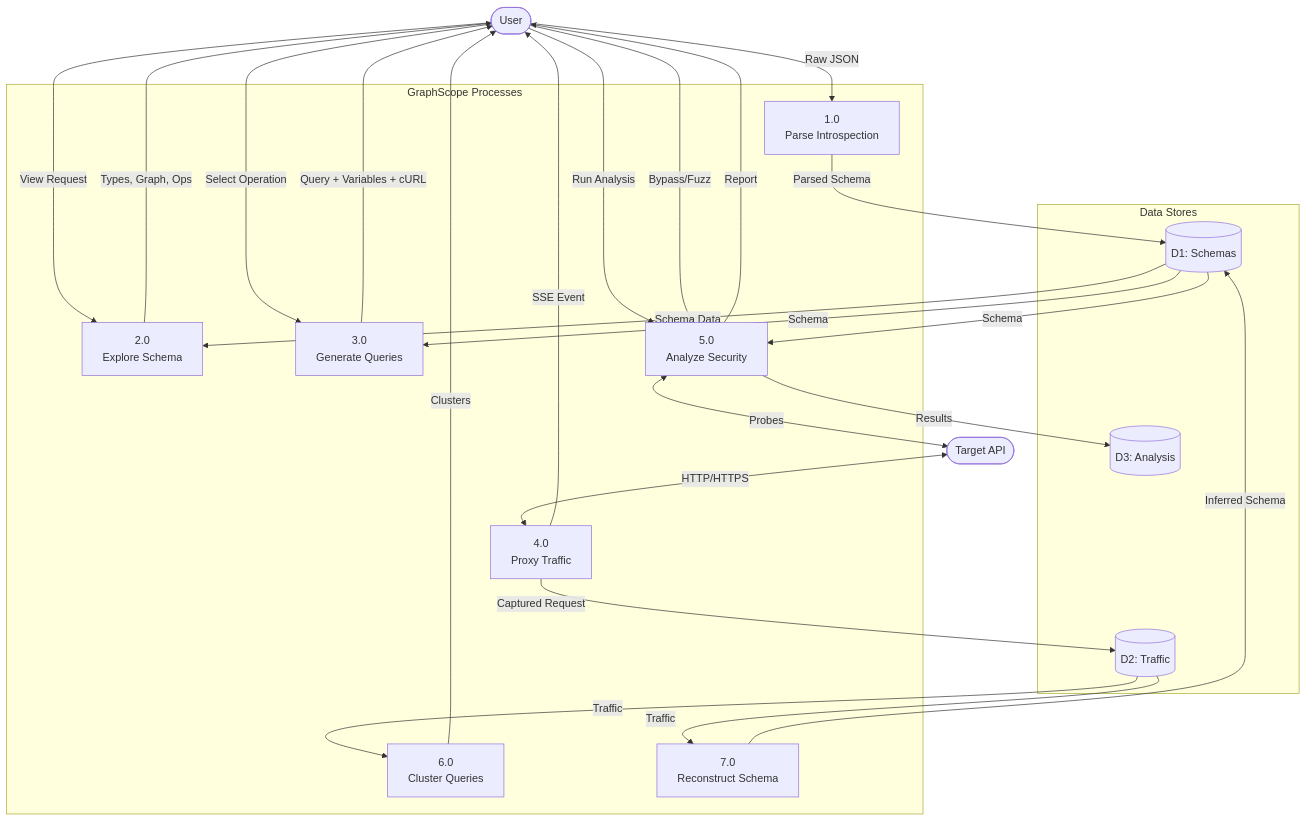
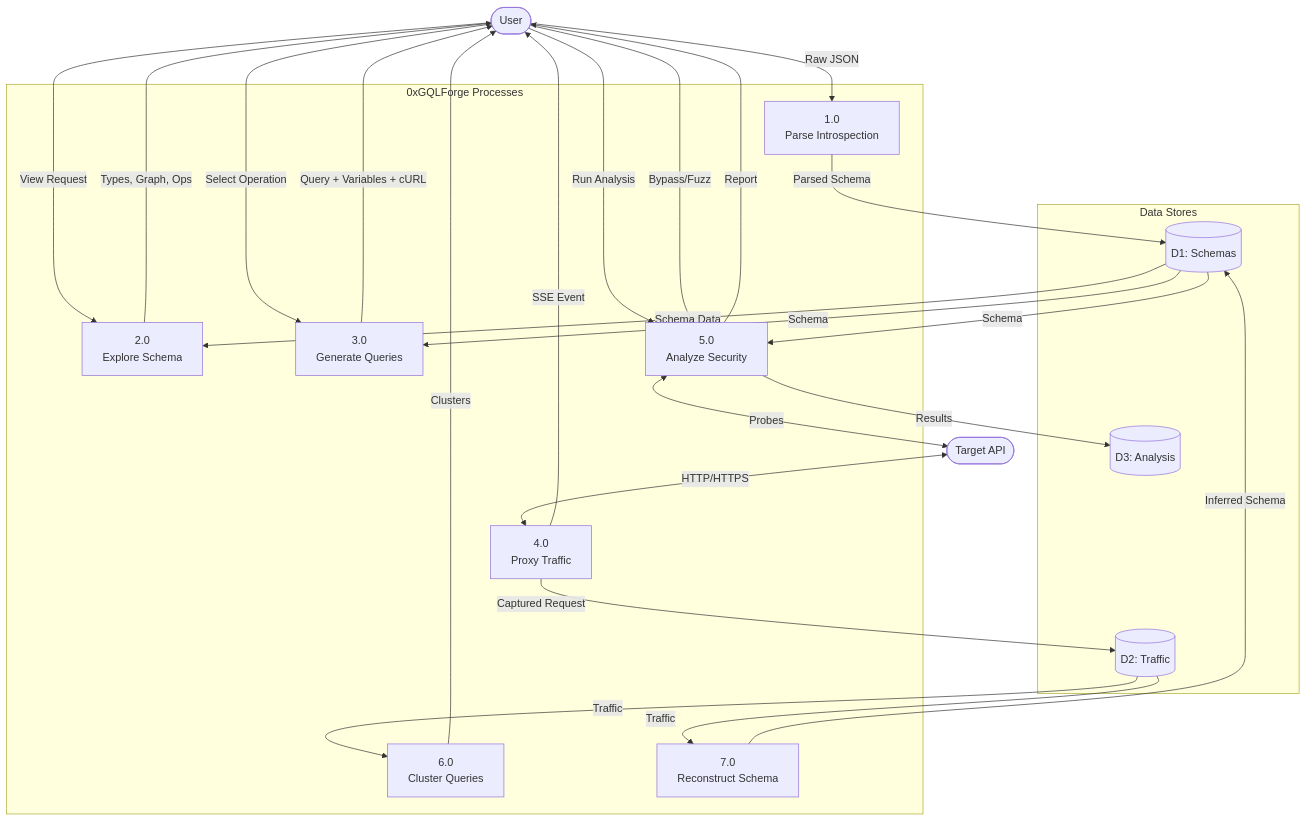
One commit to 0xDTC/0xGQLForge changed the third of 6 diagrams in README.md. Above: the diagram before and after it, drawn with Mermaid. The commit also changed other lines of this file and 32 other files, not shown here.

````diff
--- a/README.md
+++ b/README.md
@@ -186,50 +186,50 @@
 ```mermaid
 flowchart TB
     USER([User])
     TARGET([Target API])
 
-    subgraph "GraphScope Processes"
+    subgraph "0xGQLForge Processes"
         P1[1.0<br/>Parse Introspection]
         P2[2.0<br/>Explore Schema]
         P3[3.0<br/>Generate Queries]
         P4[4.0<br/>Proxy Traffic]
         P5[5.0<br/>Analyze Security]
         P6[6.0<br/>Cluster Queries]
         P7[7.0<br/>Reconstruct Schema]
     end
 
     subgraph "Data Stores"
         D1[(D1: Schemas)]
         D2[(D2: Traffic)]
         D3[(D3: Analysis)]
     end
 
     USER -->|Raw JSON| P1
     P1 -->|Parsed Schema| D1
 
     USER -->|View Request| P2
     D1 -->|Schema Data| P2
     P2 -->|Types, Graph, Ops| USER
 
     USER -->|Select Operation| P3
     D1 -->|Schema| P3
     P3 -->|Query + Variables + cURL| USER
 
     TARGET <-->|HTTP/HTTPS| P4
     P4 -->|Captured Request| D2
     P4 -->|SSE Event| USER
 
     USER -->|Run Analysis| P5
     D1 -->|Schema| P5
     P5 -->|Results| D3
     P5 -->|Report| USER
 
     D2 -->|Traffic| P6
     P6 -->|Clusters| USER
 
     D2 -->|Traffic| P7
     P7 -->|Inferred Schema| D1
 
     USER -->|Bypass/Fuzz| P5
     P5 <-->|Probes| TARGET
 ```
````
